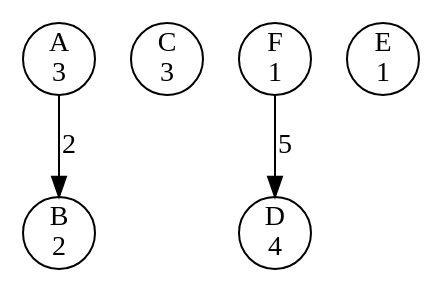
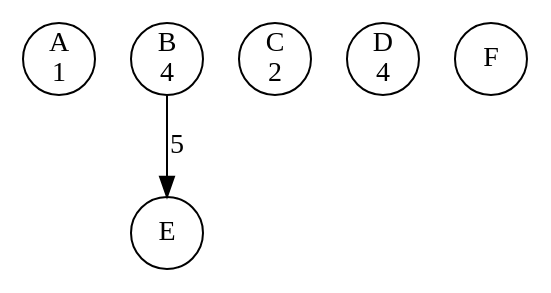
Before and after one commit to li23179/GO: the diagram in concurrency-lab-2/bank/out/0000000010.gv, drawn with Graphviz. The commit also changed 76 other files, not shown here.

```diff
--- a/concurrency-lab-2/bank/out/0000000010.gv
+++ b/concurrency-lab-2/bank/out/0000000010.gv
@@ -1,10 +1,9 @@
 digraph bank {
-	 0 [label= "A\n3" , pos= "1,0!" , shape=circle, fixedsize=true, width=0.5 ]
-	 1 [label= "B\n2" , pos= "0,1!" , shape=circle, fixedsize=true, width=0.5 ]
-	 2 [label= "C\n3" , pos= "1,2!" , shape=circle, fixedsize=true, width=0.5 ]
+	 0 [label= "A\n1" , pos= "1,0!" , shape=circle, fixedsize=true, width=0.5 ]
+	 1 [label= "B\n4" , pos= "0,1!" , shape=circle, fixedsize=true, width=0.5 ]
+	 2 [label= "C\n2" , pos= "1,2!" , shape=circle, fixedsize=true, width=0.5 ]
 	 3 [label= "D\n4" , pos= "2,2!" , shape=circle, fixedsize=true, width=0.5 ]
-	 4 [label= "E\n1" , pos= "3,1!" , shape=circle, fixedsize=true, width=0.5 ]
-	 5 [label= "F\n1" , pos= "2,0!" , shape=circle, fixedsize=true, width=0.5 ]
-	 "5" -> "3" [label= "5" ]
-	 "0" -> "1" [label= "2" ]
+	 4 [label= "E\n" , pos= "3,1!" , shape=circle, fixedsize=true, width=0.5 ]
+	 5 [label= "F\n" , pos= "2,0!" , shape=circle, fixedsize=true, width=0.5 ]
+	 "1" -> "4" [label= "5" ]
 }
```
